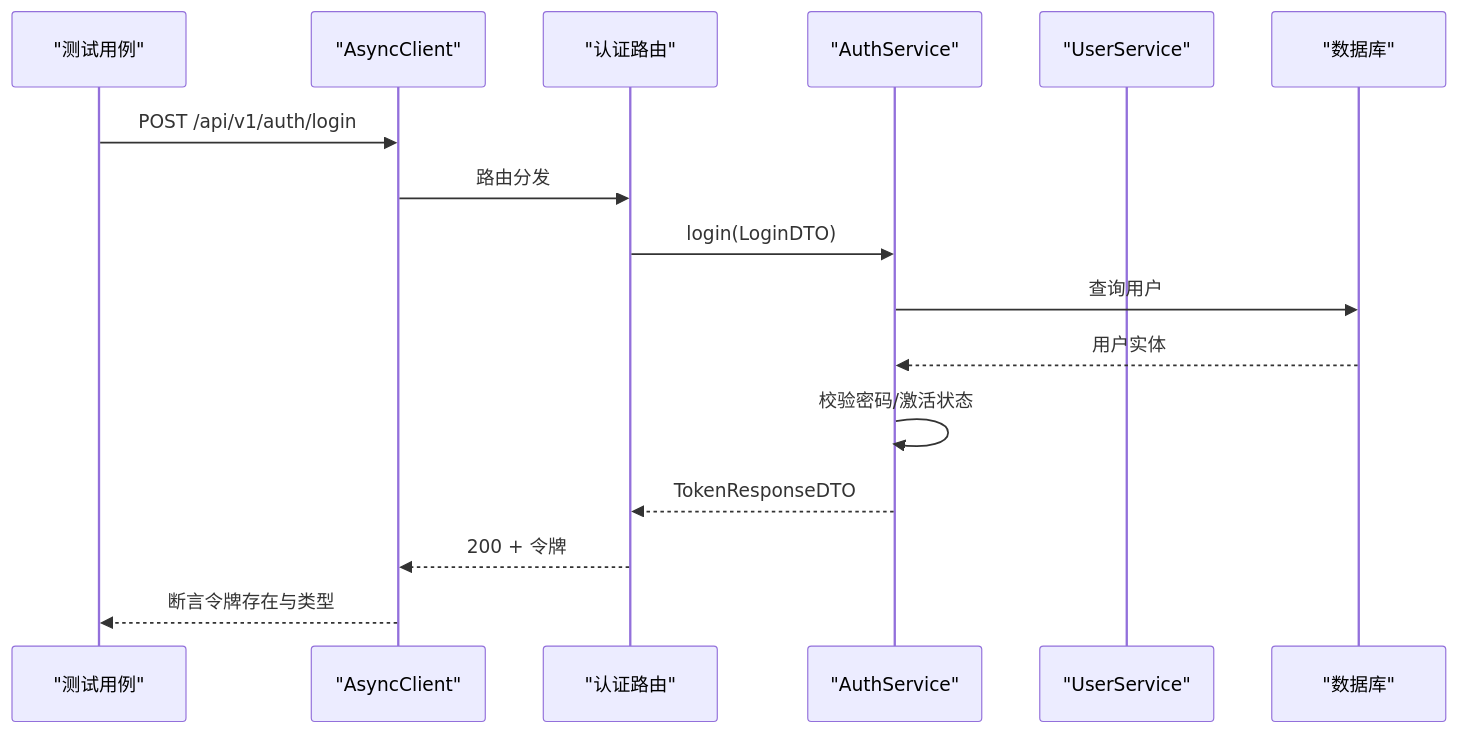
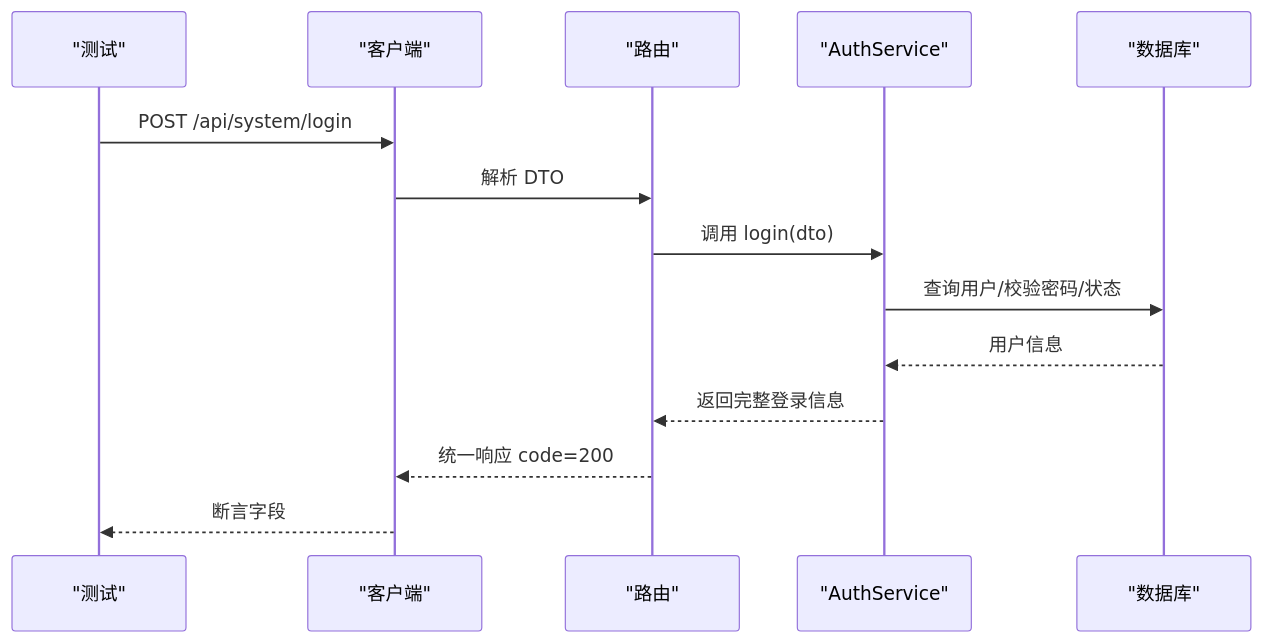
Before and after one commit to taoweidong/Hello-FastApi: the fourth of 7 diagrams in .qoder/repowiki/zh/content/测试策略/集成测试.md, drawn with Mermaid. The commit also changed other lines of this file and 119 other files, not shown here.

````diff
--- a/.qoder/repowiki/zh/content/测试策略/集成测试.md
+++ b/.qoder/repowiki/zh/content/测试策略/集成测试.md
@@ -182,18 +191,16 @@
 ```mermaid
 sequenceDiagram
-participant T as "测试用例"
-participant C as "AsyncClient"
-participant A as "认证路由"
+participant T as "测试"
+participant C as "客户端"
+participant R as "路由"
 participant S as "AuthService"
-participant U as "UserService"
-participant D as "数据库"
-T->>C : POST /api/v1/auth/login
-C->>A : 路由分发
-A->>S : login(LoginDTO)
-S->>D : 查询用户
-D-->>S : 用户实体
-S->>S : 校验密码/激活状态
-S-->>A : TokenResponseDTO
-A-->>C : 200 + 令牌
-C-->>T : 断言令牌存在与类型
+participant DB as "数据库"
+T->>C : POST /api/system/login
+C->>R : 解析 DTO
+R->>S : 调用 login(dto)
+S->>DB : 查询用户/校验密码/状态
+DB-->>S : 用户信息
+S-->>R : 返回完整登录信息
+R-->>C : 统一响应 code=200
+C-->>T : 断言字段
 ```
````
